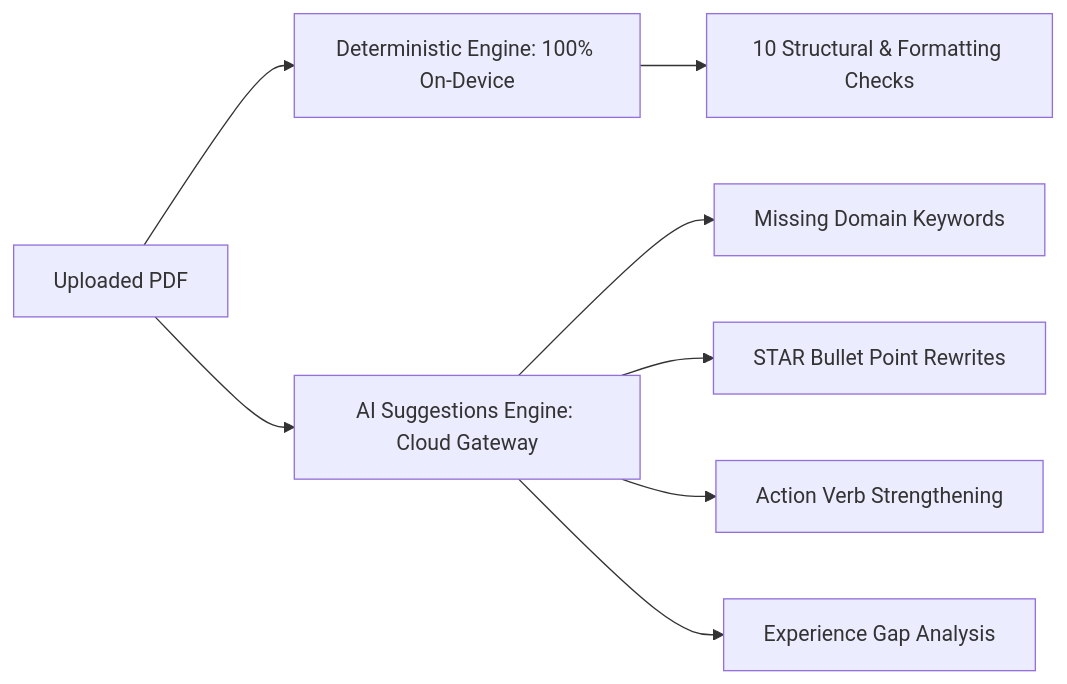
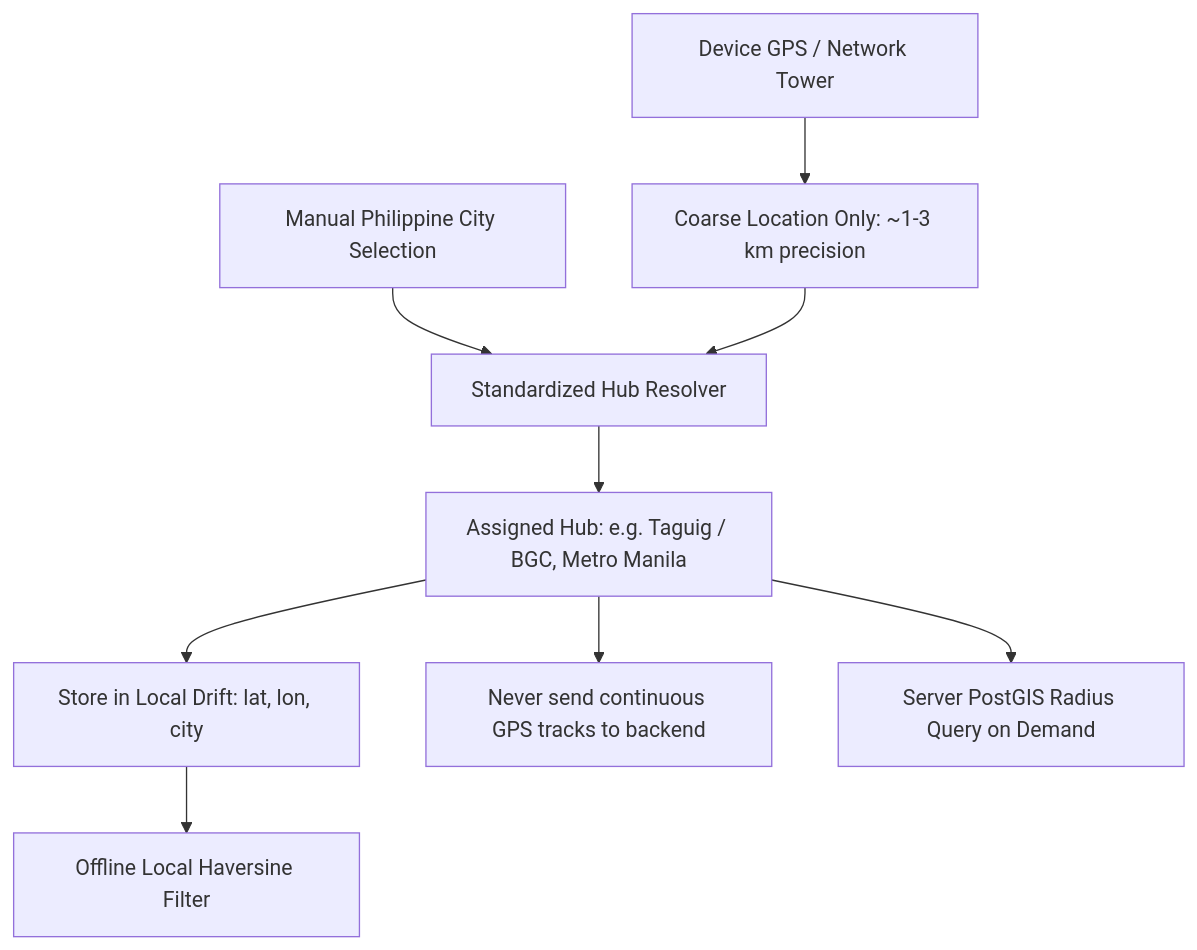
Before and after one commit to QuantumTan/rolevia: diagram 11 of 14 in docs/BACKEND_PLAN.md, drawn with Mermaid. The commit also changed other lines of this file and 16 other files, not shown here.

````diff
--- a/docs/BACKEND_PLAN.md
+++ b/docs/BACKEND_PLAN.md
@@ -543,10 +428,12 @@
 ```mermaid
-graph LR
-    PDF[Uploaded PDF] --> DET[Deterministic Engine: 100% On-Device]
-    DET --> C1[10 Structural & Formatting Checks]
-    PDF --> AI[AI Suggestions Engine: Cloud Gateway]
-    AI --> S1[Missing Domain Keywords]
-    AI --> S2[STAR Bullet Point Rewrites]
-    AI --> S3[Action Verb Strengthening]
-    AI --> S4[Experience Gap Analysis]
+flowchart TD
+    DEV[Device GPS / Network Tower] --> COARSE[Coarse Location Only: ~1-3 km precision]
+    MAN[Manual Philippine City Selection] --> RESOLVE[Standardized Hub Resolver]
+    COARSE --> RESOLVE
+
+    RESOLVE --> HUB[Assigned Hub: e.g. Taguig / BGC, Metro Manila]
+    HUB --> DRIFT[Store in Local Drift: lat, lon, city]
+    HUB --> PRIV[Never send continuous GPS tracks to backend]
+    DRIFT --> LOCAL_HAV[Offline Local Haversine Filter]
+    HUB --> QUERY[Server PostGIS Radius Query on Demand]
 ```
````
